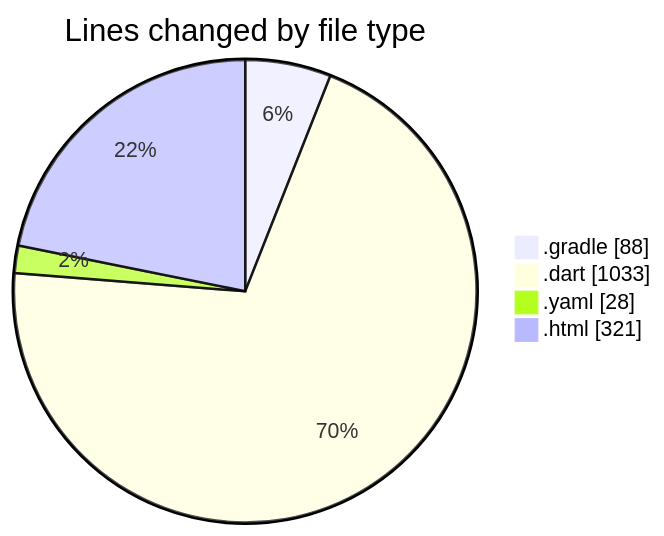
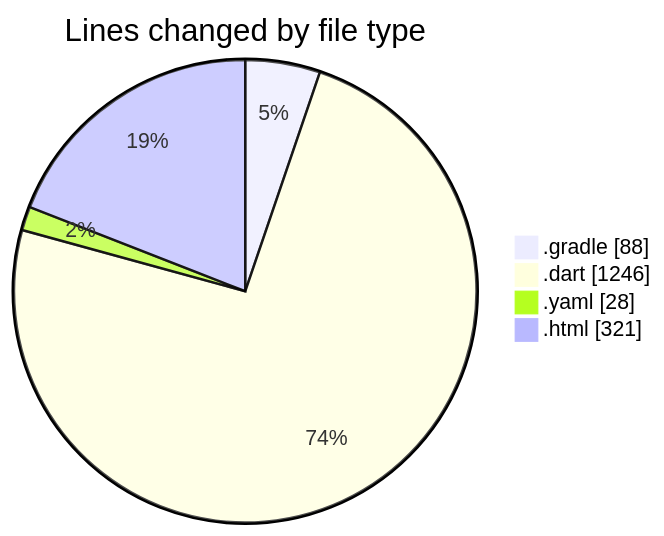
One commit to lephambinh05/code-tracking changed the first of 2 diagrams in 2025-09-07/quanlylink/README.md. Above: the diagram before and after it, drawn with Mermaid. The commit also changed other lines of this file and 1 other file, not shown here.

````diff
--- a/2025-09-07/quanlylink/README.md
+++ b/2025-09-07/quanlylink/README.md
@@ -29,8 +30,8 @@
 ```mermaid
 pie showData
 title Lines changed by file type
 ".gradle" : 88
-".dart" : 1033
+".dart" : 1246
 ".yaml" : 28
 ".html" : 321
 ```
````
